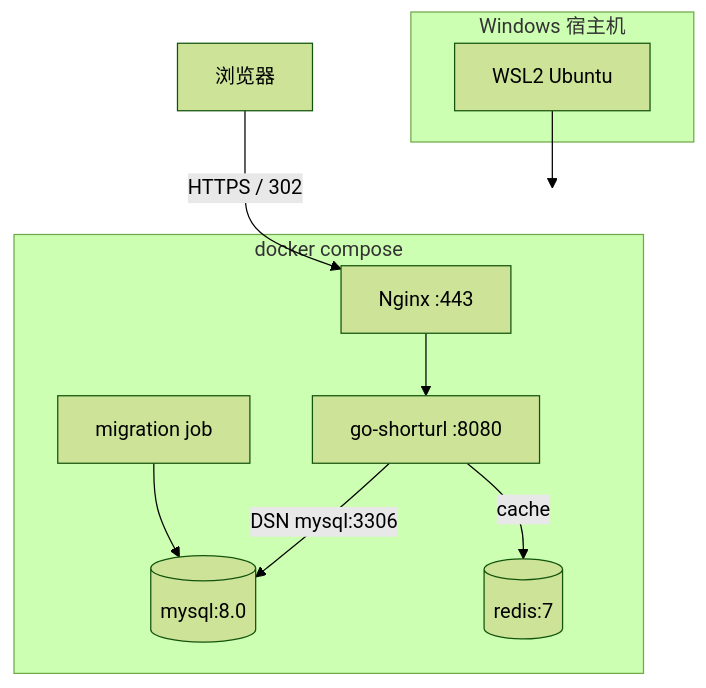
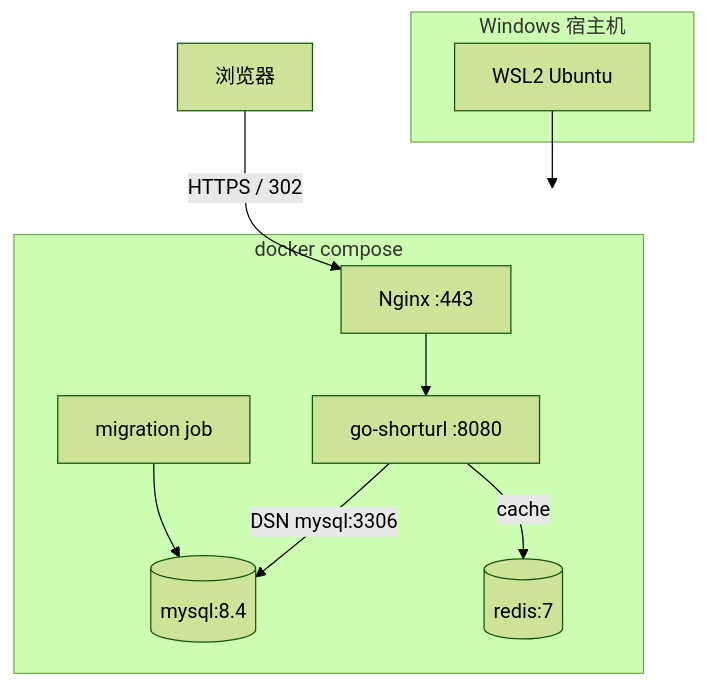
Before and after one commit to moqix26/study: the diagram in 后端学习/Go/13-Docker与Linux部署Go服务.md, drawn with Mermaid (forest theme). The commit also changed other lines of this file and 46 other files, not shown here.

````diff
--- a/后端学习/Go/13-Docker与Linux部署Go服务.md
+++ b/后端学习/Go/13-Docker与Linux部署Go服务.md
@@ -87,19 +45,19 @@
 ```mermaid
 flowchart TB
     subgraph win [Windows 宿主机]
         WSL[WSL2 Ubuntu]
     end
     subgraph compose [docker compose]
         Nginx[Nginx :443]
         Migrate[migration job]
         App[go-shorturl :8080]
-        MySQL[(mysql:8.0)]
+        MySQL[(mysql:8.4)]
         Redis[(redis:7)]
     end
     WSL --> compose
     Nginx --> App
     Migrate --> MySQL
     App -->|DSN mysql:3306| MySQL
     App -->|cache| Redis
     Browser[浏览器] -->|HTTPS / 302| Nginx
 ```
````
